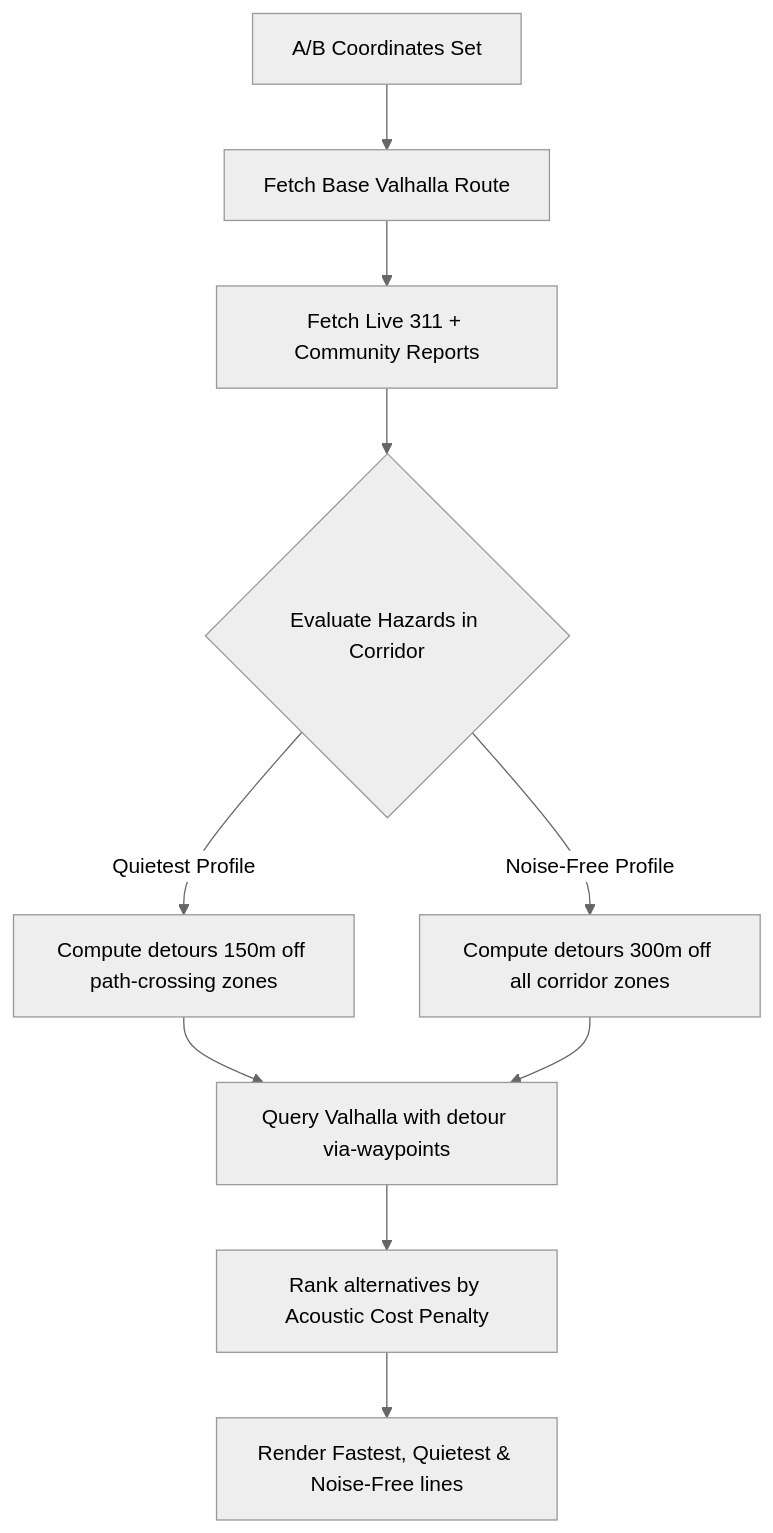
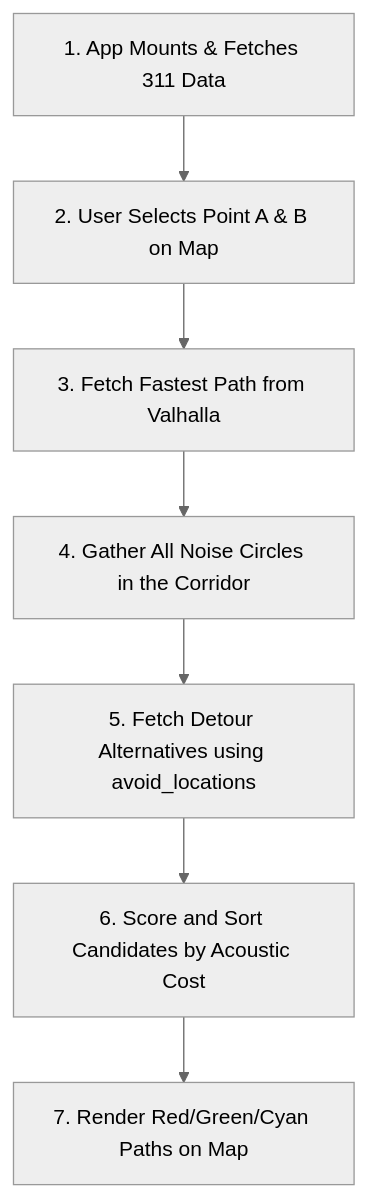
The diagram in README.md (Yonzzy21/LLLoud), drawn with Mermaid (neutral theme) before and after one commit. The commit also changed other lines of this file, not shown here.

````diff
--- a/README.md
+++ b/README.md
@@ -73,12 +66,9 @@
 ```mermaid
 graph TD
-    A[A/B Coordinates Set] --> B[Fetch Base Valhalla Route]
-    B --> C[Fetch Live 311 + Community Reports]
-    C --> D{Evaluate Hazards in Corridor}
-    D -- Quietest Profile --> E[Compute detours 150m off path-crossing zones]
-    D -- Noise-Free Profile --> F[Compute detours 300m off all corridor zones]
-    E --> G[Query Valhalla with detour via-waypoints]
-    F --> G
-    G --> H[Rank alternatives by Acoustic Cost Penalty]
-    H --> I[Render Fastest, Quietest & Noise-Free lines]
+    A[1. App Mounts & Fetches 311 Data] --> B[2. User Selects Point A & B on Map]
+    B --> C[3. Fetch Fastest Path from Valhalla]
+    C --> D[4. Gather All Noise Circles in the Corridor]
+    D --> E[5. Fetch Detour Alternatives using avoid_locations]
+    E --> F[6. Score and Sort Candidates by Acoustic Cost]
+    F --> G[7. Render Red/Green/Cyan Paths on Map]
 ```
````
